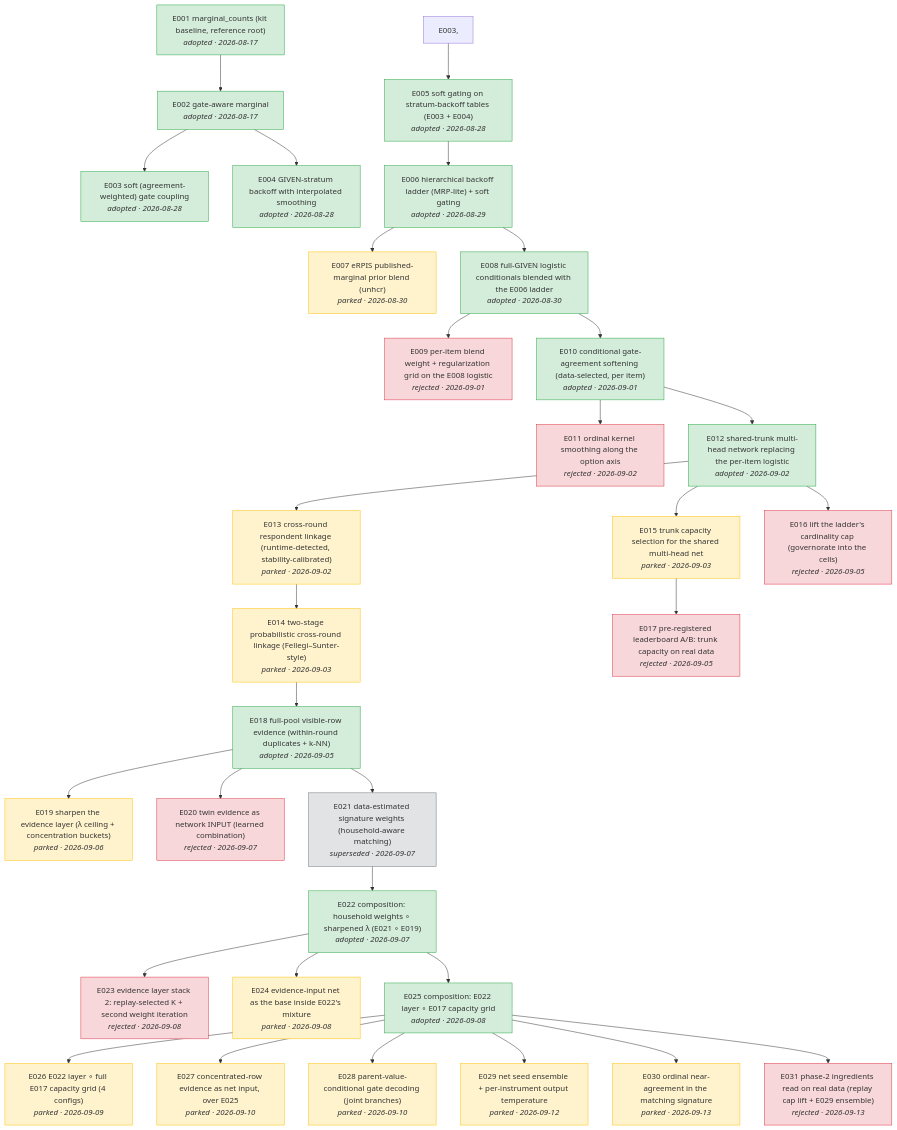
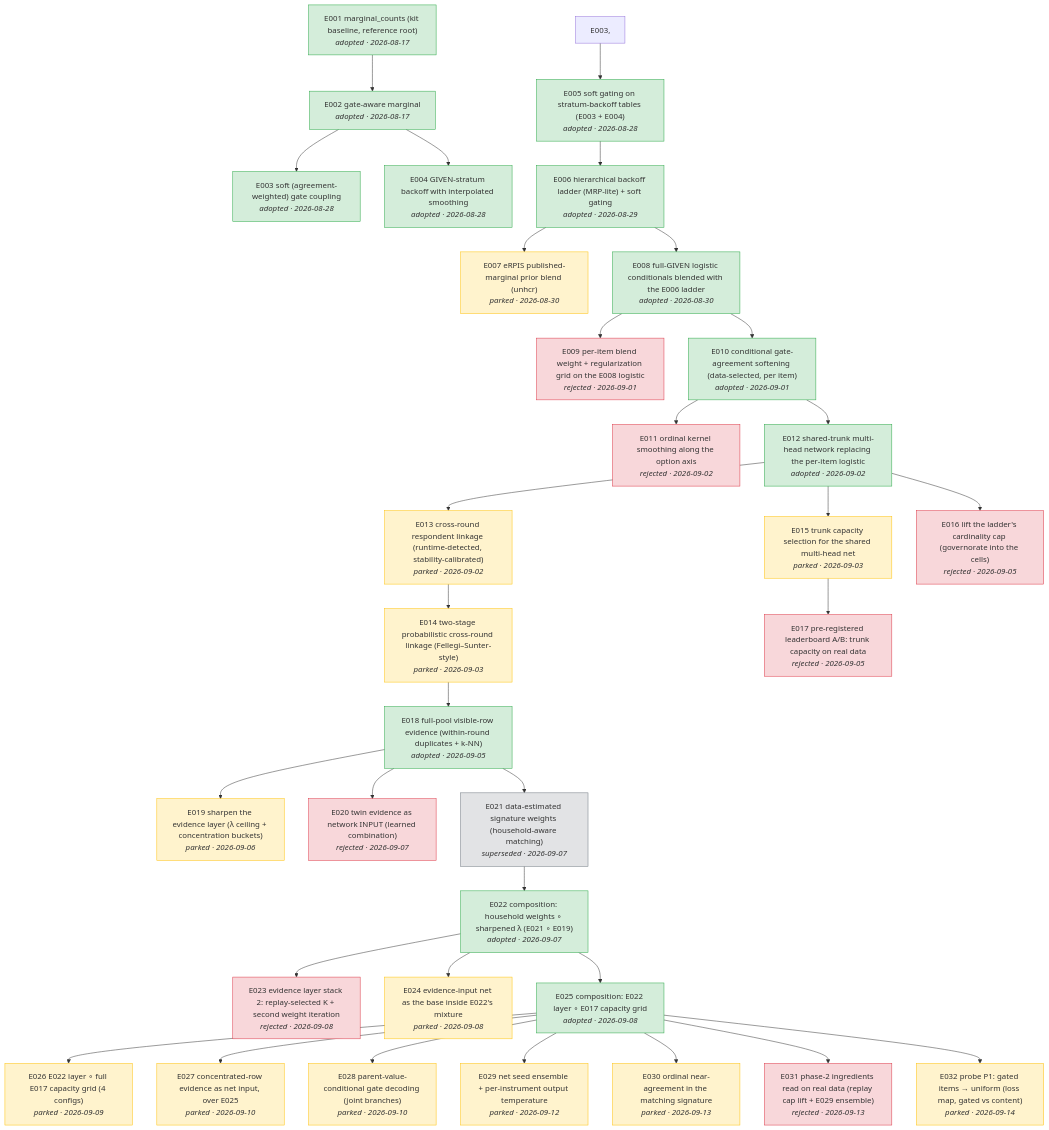
The diagram in docs/tree.md (joon56/Simulacrabench-NeurIPS-2026-), drawn with Mermaid before and after one commit. The commit also changed 7 other files, not shown here.

First line of the commit message:
E032: probe P1 (gated items -> uniform) packaged as submission #19; probe instrument with validated decomposition

````diff
--- a/docs/tree.md
+++ b/docs/tree.md
@@ -5,72 +5,74 @@
 ```mermaid
 flowchart TD
     E001["E001 marginal_counts (kit baseline, reference root)<br/><i>adopted · 2026-08-17</i>"]
     E002["E002 gate-aware marginal<br/><i>adopted · 2026-08-17</i>"]
     E001 --> E002
     E003["E003 soft (agreement-weighted) gate coupling<br/><i>adopted · 2026-08-28</i>"]
     E002 --> E003
     E004["E004 GIVEN-stratum backoff with interpolated smoothing<br/><i>adopted · 2026-08-28</i>"]
     E002 --> E004
     E005["E005 soft gating on stratum-backoff tables (E003 + E004)<br/><i>adopted · 2026-08-28</i>"]
     E003, --> E005
     E006["E006 hierarchical backoff ladder (MRP-lite) + soft gating<br/><i>adopted · 2026-08-29</i>"]
     E005 --> E006
     E007["E007 eRPIS published-marginal prior blend (unhcr)<br/><i>parked · 2026-08-30</i>"]
     E006 --> E007
     E008["E008 full-GIVEN logistic conditionals blended with the E006 ladder<br/><i>adopted · 2026-08-30</i>"]
     E006 --> E008
     E009["E009 per-item blend weight + regularization grid on the E008 logistic<br/><i>rejected · 2026-09-01</i>"]
     E008 --> E009
     E010["E010 conditional gate-agreement softening (data-selected, per item)<br/><i>adopted · 2026-09-01</i>"]
     E008 --> E010
     E011["E011 ordinal kernel smoothing along the option axis<br/><i>rejected · 2026-09-02</i>"]
     E010 --> E011
     E012["E012 shared-trunk multi-head network replacing the per-item logistic<br/><i>adopted · 2026-09-02</i>"]
     E010 --> E012
     E013["E013 cross-round respondent linkage (runtime-detected, stability-calibrated)<br/><i>parked · 2026-09-02</i>"]
     E012 --> E013
     E014["E014 two-stage probabilistic cross-round linkage (Fellegi–Sunter-style)<br/><i>parked · 2026-09-03</i>"]
     E013 --> E014
     E015["E015 trunk capacity selection for the shared multi-head net<br/><i>parked · 2026-09-03</i>"]
     E012 --> E015
     E016["E016 lift the ladder's cardinality cap (governorate into the cells)<br/><i>rejected · 2026-09-05</i>"]
     E012 --> E016
     E017["E017 pre-registered leaderboard A/B: trunk capacity on real data<br/><i>rejected · 2026-09-05</i>"]
     E015 --> E017
     E018["E018 full-pool visible-row evidence (within-round duplicates + k-NN)<br/><i>adopted · 2026-09-05</i>"]
     E014 --> E018
     E019["E019 sharpen the evidence layer (λ ceiling + concentration buckets)<br/><i>parked · 2026-09-06</i>"]
     E018 --> E019
     E020["E020 twin evidence as network INPUT (learned combination)<br/><i>rejected · 2026-09-07</i>"]
     E018 --> E020
     E021["E021 data-estimated signature weights (household-aware matching)<br/><i>superseded · 2026-09-07</i>"]
     E018 --> E021
     E022["E022 composition: household weights ∘ sharpened λ (E021 ∘ E019)<br/><i>adopted · 2026-09-07</i>"]
     E021 --> E022
     E023["E023 evidence layer stack 2: replay-selected K + second weight iteration<br/><i>rejected · 2026-09-08</i>"]
     E022 --> E023
     E024["E024 evidence-input net as the base inside E022's mixture<br/><i>parked · 2026-09-08</i>"]
     E022 --> E024
     E025["E025 composition: E022 layer ∘ E017 capacity grid<br/><i>adopted · 2026-09-08</i>"]
     E022 --> E025
     E026["E026 E022 layer ∘ full E017 capacity grid (4 configs)<br/><i>parked · 2026-09-09</i>"]
     E025 --> E026
     E027["E027 concentrated-row evidence as net input, over E025<br/><i>parked · 2026-09-10</i>"]
     E025 --> E027
     E028["E028 parent-value-conditional gate decoding (joint branches)<br/><i>parked · 2026-09-10</i>"]
     E025 --> E028
     E029["E029 net seed ensemble + per-instrument output temperature<br/><i>parked · 2026-09-12</i>"]
     E025 --> E029
     E030["E030 ordinal near-agreement in the matching signature<br/><i>parked · 2026-09-13</i>"]
     E025 --> E030
     E031["E031 phase-2 ingredients read on real data (replay cap lift + E029 ensemble)<br/><i>rejected · 2026-09-13</i>"]
     E025 --> E031
+    E032["E032 probe P1: gated items → uniform (loss map, gated vs content)<br/><i>parked · 2026-09-14</i>"]
+    E025 --> E032
     classDef adopted fill:#d4edda,stroke:#28a745
     class E001,E002,E003,E004,E005,E006,E008,E010,E012,E018,E022,E025 adopted
     classDef rejected fill:#f8d7da,stroke:#dc3545
     class E009,E011,E016,E017,E020,E023,E031 rejected
     classDef parked fill:#fff3cd,stroke:#ffc107
-    class E007,E013,E014,E015,E019,E024,E026,E027,E028,E029,E030 parked
+    class E007,E013,E014,E015,E019,E024,E026,E027,E028,E029,E030,E032 parked
     classDef superseded fill:#e2e3e5,stroke:#6c757d
     class E021 superseded
 ```
````
